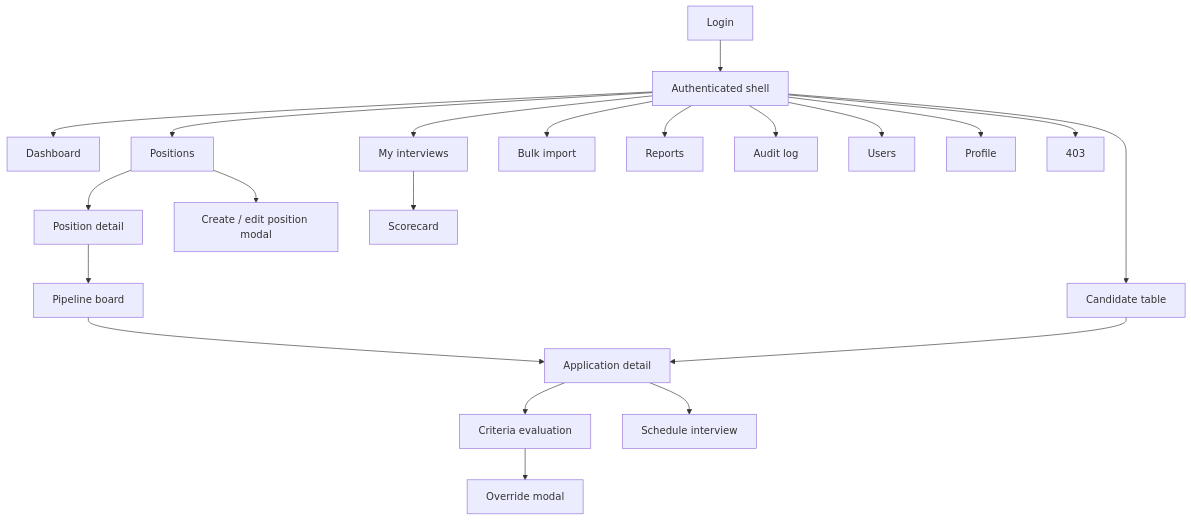
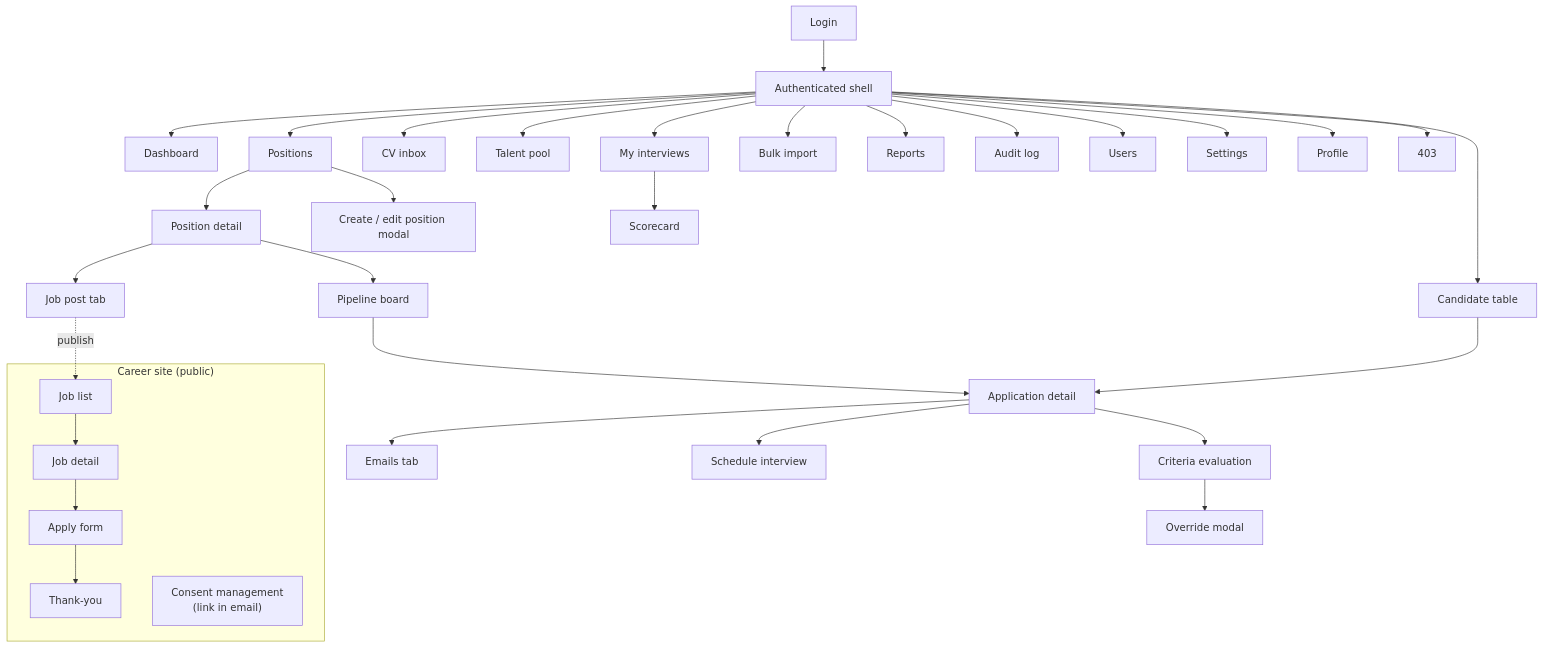
The second of 2 diagrams in README.md (duongk18FPTU/recruitment-ats), drawn with Mermaid before and after one commit. The commit also changed other lines of this file and 8 other files, not shown here.

First line of the commit message:
Add career site, mailbox intake, candidate emails, and talent pool

````diff
--- a/README.md
+++ b/README.md
@@ -163,19 +203,29 @@
 ```mermaid
 flowchart TB
+    subgraph public["Career site (public)"]
+        Careers["Job list"] --> JobPublic["Job detail"] --> Apply["Apply form"] --> Thanks["Thank-you"]
+        Consent["Consent management<br/>(link in email)"]
+    end
     Login["Login"] --> Shell["Authenticated shell"]
     Shell --> Dashboard["Dashboard"]
     Shell --> Jobs["Positions"] --> JobDetail["Position detail"] --> Pipeline["Pipeline board"]
+    JobDetail --> Post["Job post tab"]
+    Post -.->|publish| Careers
     Jobs --> JobForm["Create / edit position modal"]
     Shell --> Candidates["Candidate table"]
     Pipeline --> AppDetail["Application detail"]
     Candidates --> AppDetail
     AppDetail --> AI["Criteria evaluation"] --> Override["Override modal"]
+    AppDetail --> Emails["Emails tab"]
     AppDetail --> Schedule["Schedule interview"]
+    Shell --> Inbox["CV inbox"]
+    Shell --> Pool["Talent pool"]
     Shell --> MyInterviews["My interviews"] --> Scorecard["Scorecard"]
     Shell --> Import["Bulk import"]
     Shell --> Reports["Reports"]
     Shell --> Audit["Audit log"]
     Shell --> Users["Users"]
+    Shell --> Settings["Settings"]
     Shell --> Profile["Profile"]
     Shell --> Forbidden["403"]
 ```
````
